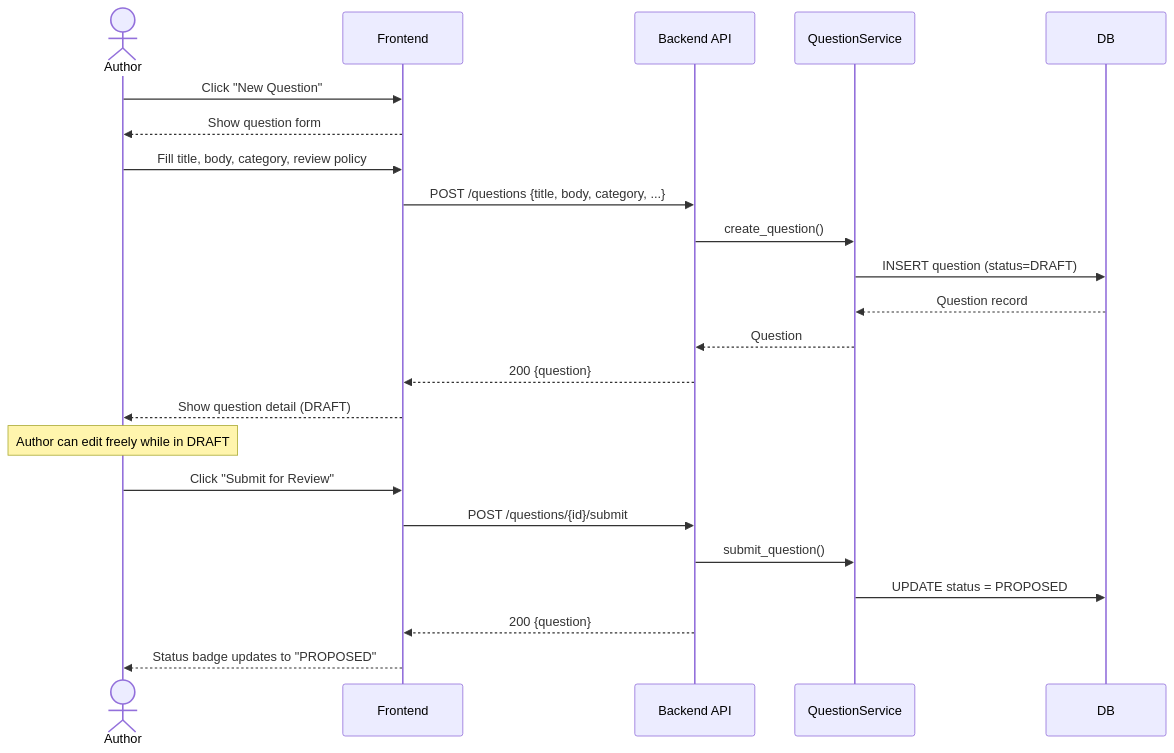
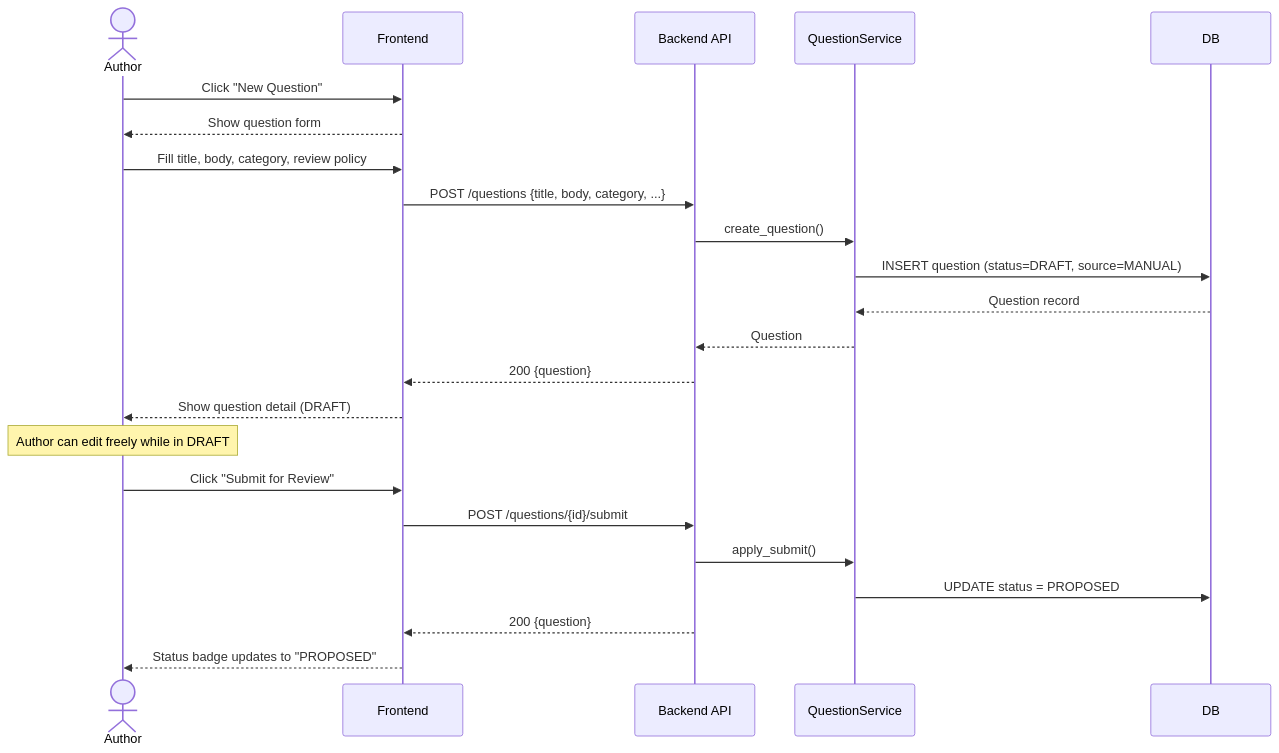
One commit to keytech42/tacit-knowledge-elicitation changed the third of 17 diagrams in docs/sequence-diagrams.md. Above: the diagram before and after it, drawn with Mermaid. The commit also changed other lines of this file, not shown here.

First line of the commit message:
Fix sequence diagram inaccuracies and add state machine notes

````diff
--- a/docs/sequence-diagrams.md
+++ b/docs/sequence-diagrams.md
@@ -80,29 +82,29 @@
 ```mermaid
 sequenceDiagram
     actor Author
     participant Frontend
     participant Backend as Backend API
     participant QService as QuestionService
     participant DB
 
     Author->>Frontend: Click "New Question"
     Frontend-->>Author: Show question form
 
     Author->>Frontend: Fill title, body, category, review policy
     Frontend->>Backend: POST /questions {title, body, category, ...}
     Backend->>QService: create_question()
-    QService->>DB: INSERT question (status=DRAFT)
+    QService->>DB: INSERT question (status=DRAFT, source=MANUAL)
     DB-->>QService: Question record
     QService-->>Backend: Question
     Backend-->>Frontend: 200 {question}
     Frontend-->>Author: Show question detail (DRAFT)
 
     Note over Author: Author can edit freely while in DRAFT
 
     Author->>Frontend: Click "Submit for Review"
     Frontend->>Backend: POST /questions/{id}/submit
-    Backend->>QService: submit_question()
+    Backend->>QService: apply_submit()
     QService->>DB: UPDATE status = PROPOSED
     Backend-->>Frontend: 200 {question}
     Frontend-->>Author: Status badge updates to "PROPOSED"
 ```
````
